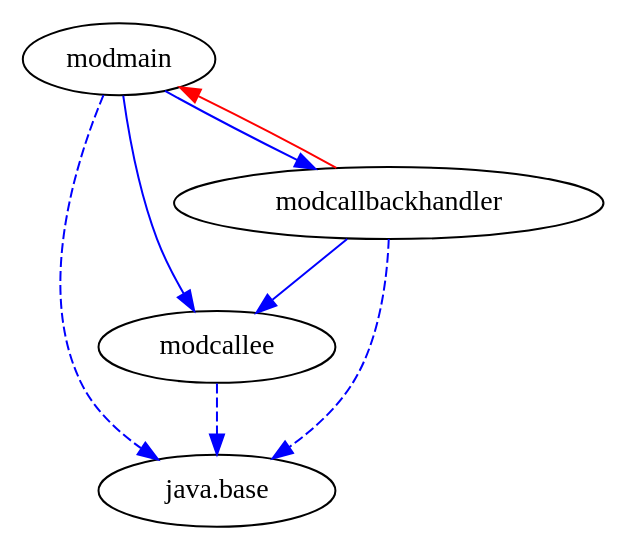
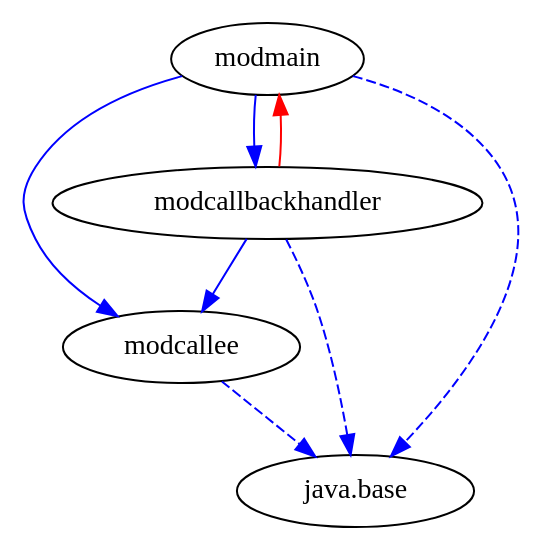
Before and after one commit to accso/java9-jigsaw-examples: the diagram in jigsaw-examples/example_interface-callback/moduledependencies.dot, drawn with Graphviz. The commit also changed 84 other files, not shown here.

Commit message:
Updated all GraphViz files (.dot and .png output)

```diff
--- a/jigsaw-examples/example_interface-callback/moduledependencies.dot
+++ b/jigsaw-examples/example_interface-callback/moduledependencies.dot
@@ -1,14 +1,14 @@
-# Created by depvis.JigsawDepVisualizer on Thu Mar 30 16:06:19 CEST 2017
+# Created by depvis.JigsawDepVisualizer on Tue Oct 10 15:14:27 CEST 2017
 digraph Java9_Dependency_Visualizer {
+modmain[fontname="Consolas",shape="ellipse",label="modmain"];
 modcallee[fontname="Consolas",shape="ellipse",label="modcallee"];
+modcallbackhandler[fontname="Consolas",shape="ellipse",label="modcallbackhandler"];
 java_base[fontname="Consolas",shape="ellipse",label="java.base"];
-modmain[fontname="Consolas",shape="ellipse",label="modmain"];
-modcallbackhandler[fontname="Consolas",shape="ellipse",label="modcallbackhandler"];
-modcallee -> java_base[color="#0000ff",fontname="Consolas",fontcolor="#0000ff",style="dashed",weight="16"]
 modmain -> modcallee[color="#0000ff",fontname="Consolas",fontcolor="#0000ff",weight="8"]
 modmain -> modcallbackhandler[color="#0000ff",fontname="Consolas",fontcolor="#0000ff",weight="8"]
 modmain -> java_base[color="#0000ff",fontname="Consolas",fontcolor="#0000ff",style="dashed",weight="16"]
 modcallbackhandler -> modcallee[color="#0000ff",fontname="Consolas",fontcolor="#0000ff",weight="8"]
 modcallbackhandler -> java_base[color="#0000ff",fontname="Consolas",fontcolor="#0000ff",style="dashed",weight="16"]
 modcallbackhandler -> modmain[fontname="Consolas",fontcolor="#ff0000",color="#ff0000",weight="2"]
+modcallee -> java_base[color="#0000ff",fontname="Consolas",fontcolor="#0000ff",style="dashed",weight="16"]
 }
```
